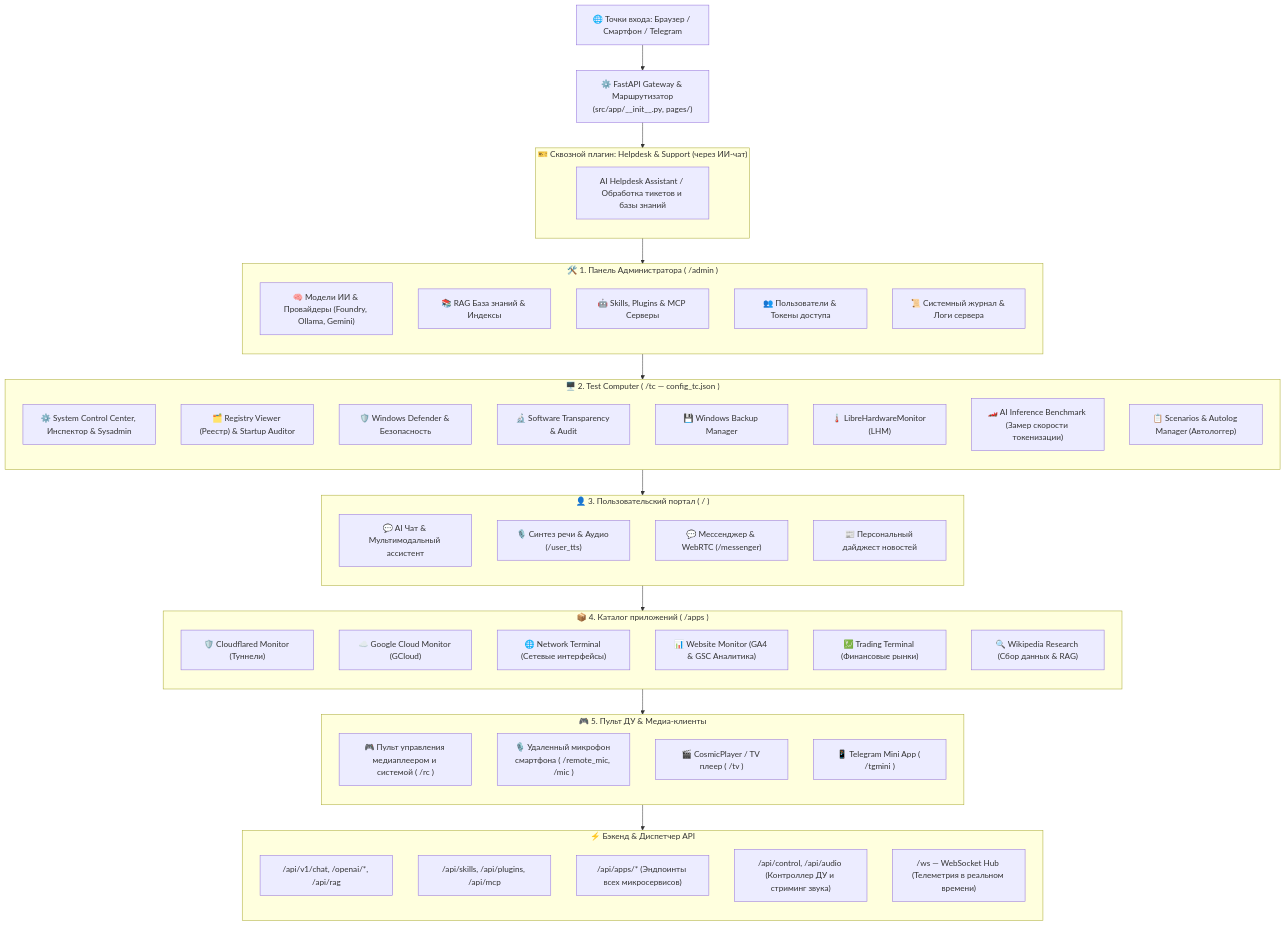
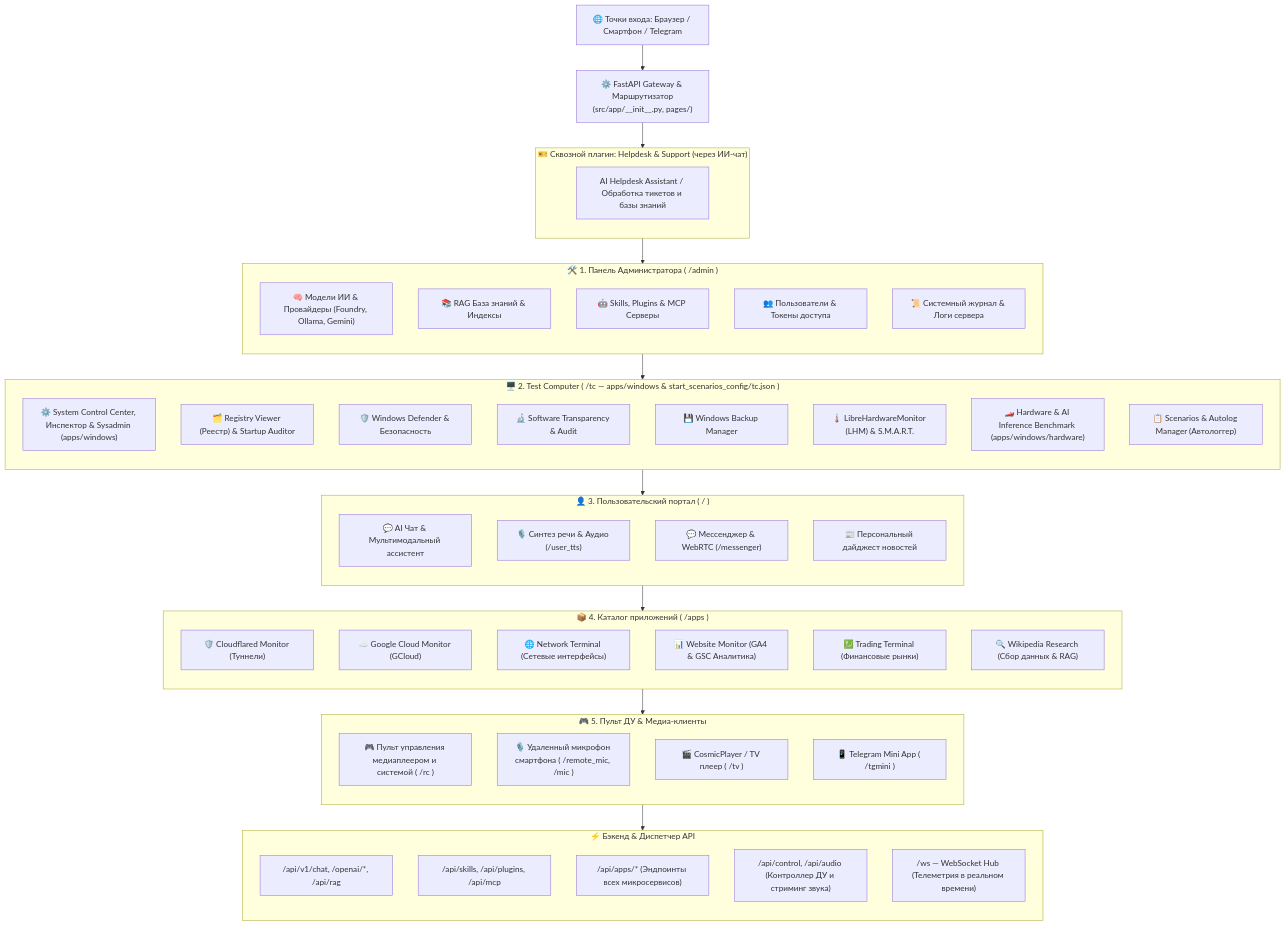
Before and after one commit to hypo69/AI-Breadboard: the diagram in docs/ru/manual/web_interfaces.md, drawn with Mermaid. The commit also changed 302 other files, not shown here.

````diff
--- a/docs/ru/manual/web_interfaces.md
+++ b/docs/ru/manual/web_interfaces.md
@@ -21,81 +21,81 @@
 ```mermaid
 flowchart TD
     %% 1. Клиенты
     Клиенты["🌐 Точки входа: Браузер / Смартфон / Telegram"]
     --> Шлюз["⚙️ FastAPI Gateway & Маршрутизатор\n(src/app/__init__.py, pages/)"]
 
     %% 2. Сквозной Helpdesk
     Шлюз --> CrossLayer
     subgraph CrossLayer["🎫 Сквозной плагин: Helpdesk & Support (через ИИ-чат)"]
         direction TB
         HD["AI Helpdesk Assistant / Обработка тикетов и базы знаний"]
     end
 
     %% 3. [1] Панель Администратора
     CrossLayer --> Админ
     subgraph Админ["🛠️ 1. Панель Администратора ( /admin )"]
         direction TB
         A1["🧠 Модели ИИ & Провайдеры (Foundry, Ollama, Gemini)"]
         A2["📚 RAG База знаний & Индексы"]
         A3["🤖 Skills, Plugins & MCP Серверы"]
         A4["👥 Пользователи & Токены доступа"]
         A5["📜 Системный журнал & Логи сервера"]
     end
 
     %% 4. [2] Test Computer
     Админ --> TC
-    subgraph TC["🖥️ 2. Test Computer ( /tc — config_tc.json )"]
+    subgraph TC["🖥️ 2. Test Computer ( /tc — apps/windows & start_scenarios_config/tc.json )"]
         direction TB
-        W1["⚙️ System Control Center, Инспектор & Sysadmin"]
+        W1["⚙️ System Control Center, Инспектор & Sysadmin (apps/windows)"]
         W2["🗂️ Registry Viewer (Реестр) & Startup Auditor"]
         W3["🛡️ Windows Defender & Безопасность"]
         W4["🔬 Software Transparency & Audit"]
         W5["💾 Windows Backup Manager"]
-        H1["🌡️ LibreHardwareMonitor (LHM)"]
-        H3["🏎️ AI Inference Benchmark (Замер скорости токенизации)"]
-        H4["📋 Scenarios & Autolog Manager (Автологгер)"]
+        H1["🌡️ LibreHardwareMonitor (LHM) & S.M.A.R.T."]
+        H2["🏎️ Hardware & AI Inference Benchmark (apps/windows/hardware)"]
+        H3["📋 Scenarios & Autolog Manager (Автологгер)"]
     end
 
     %% 5. [3] Пользовательский портал
     TC --> Пользователь
     subgraph Пользователь["👤 3. Пользовательский портал ( / )"]
         direction TB
         U1["💬 AI Чат & Мультимодальный ассистент"]
         U2["🎙️ Синтез речи & Аудио (/user_tts)"]
         U3["💬 Мессенджер & WebRTC (/messenger)"]
         U4["📰 Персональный дайджест новостей"]
     end
 
     %% 6. [4] Каталог приложений
     Пользователь --> Apps
     subgraph Apps["📦 4. Каталог приложений ( /apps )"]
         direction TB
         AC1["🛡️ Cloudflared Monitor (Туннели)"]
         AC2["☁️ Google Cloud Monitor (GCloud)"]
         AC3["🌐 Network Terminal (Сетевые интерфейсы)"]
         AB1["📊 Website Monitor (GA4 & GSC Аналитика)"]
         AB2["💹 Trading Terminal (Финансовые рынки)"]
         AB3["🔍 Wikipedia Research (Сбор данных & RAG)"]
     end
 
     %% 7. [5] Пульт ДУ и Медиа
     Apps --> МедиаRC
     subgraph МедиаRC["🎮 5. Пульт ДУ & Медиа-клиенты"]
         direction TB
         RC1["🎮 Пульт управления медиаплеером и системой ( /rc )"]
         RC2["🎙️ Удаленный микрофон смартфона ( /remote_mic, /mic )"]
         RC3["🎬 CosmicPlayer / TV плеер ( /tv )"]
         RC4["📱 Telegram Mini App ( /tgmini )"]
     end
 
     %% 8. Бэкенд
     МедиаRC --> Бэкенд
     subgraph Бэкенд["⚡ Бэкенд & Диспетчер API"]
         direction TB
         B1["/api/v1/chat, /openai/*, /api/rag"]
         B2["/api/skills, /api/plugins, /api/mcp"]
         B3["/api/apps/* (Эндпоинты всех микросервисов)"]
         B4["/api/control, /api/audio (Контроллер ДУ и стриминг звука)"]
         B5["/ws — WebSocket Hub (Телеметрия в реальном времени)"]
     end
 ```
````
